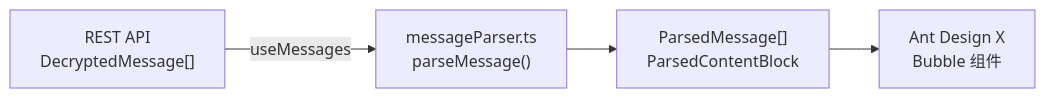
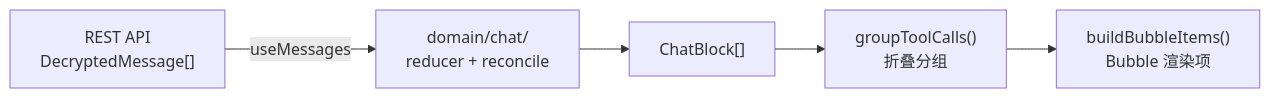
The fourth of 5 diagrams in docs/architecture/web/README.md (ModuBit/mobi), drawn with Mermaid before and after one commit. The commit also changed other lines of this file and 56 other files, not shown here.

````diff
--- a/docs/architecture/web/README.md
+++ b/docs/architecture/web/README.md
@@ -263,9 +416,10 @@
 ```mermaid
 flowchart LR
     API["REST API<br/>DecryptedMessage[]"]
-    Parser["messageParser.ts<br/>parseMessage()"]
-    Parsed["ParsedMessage[]<br/>ParsedContentBlock"]
-    Bubble["Ant Design X<br/>Bubble 组件"]
+    Reducer["domain/chat/<br/>reducer + reconcile"]
+    Blocks["ChatBlock[]"]
+    Group["groupToolCalls()<br/>折叠分组"]
+    Bubble["buildBubbleItems()<br/>Bubble 渲染项"]
 
-    API -->|"useMessages"| Parser --> Parsed --> Bubble
+    API -->|"useMessages"| Reducer --> Blocks --> Group --> Bubble
 ```
````
